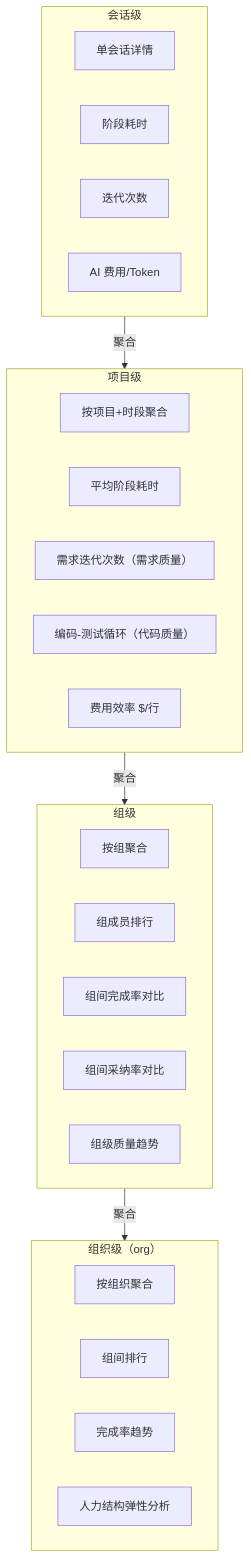
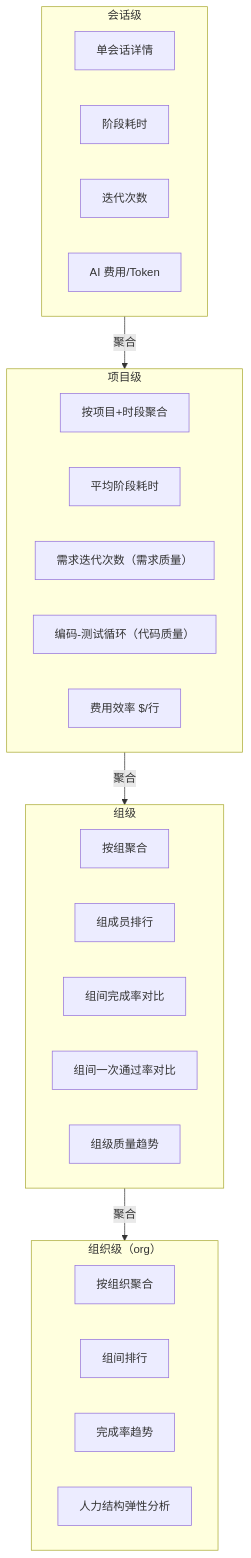
The fifth of 15 diagrams in opencode-session-mgmt/docs/session-management.md (wonglaitung/opencode), drawn with Mermaid before and after one commit. The commit also changed other lines of this file, not shown here.

````diff
--- a/opencode-session-mgmt/docs/session-management.md
+++ b/opencode-session-mgmt/docs/session-management.md
@@ -195,36 +195,36 @@
 ```mermaid
 graph TB
     subgraph Session["会话级"]
         S1["单会话详情"]
         S1a["阶段耗时"]
         S1b["迭代次数"]
         S1c["AI 费用/Token"]
     end
 
     subgraph Project["项目级"]
         P1["按项目+时段聚合"]
         P1a["平均阶段耗时"]
         P1b["需求迭代次数（需求质量）"]
         P1c["编码-测试循环（代码质量）"]
         P1d["费用效率 $/行"]
     end
 
     subgraph Group["组级"]
         G1["按组聚合"]
         G1a["组成员排行"]
         G1b["组间完成率对比"]
-        G1c["组间采纳率对比"]
+        G1c["组间一次通过率对比"]
         G1d["组级质量趋势"]
     end
 
     subgraph Org["组织级（org）"]
         T1["按组织聚合"]
         T1a["组间排行"]
         T1b["完成率趋势"]
         T1c["人力结构弹性分析"]
     end
 
     Session -->|"聚合"| Project
     Project -->|"聚合"| Group
     Group -->|"聚合"| Org
 ```
````
